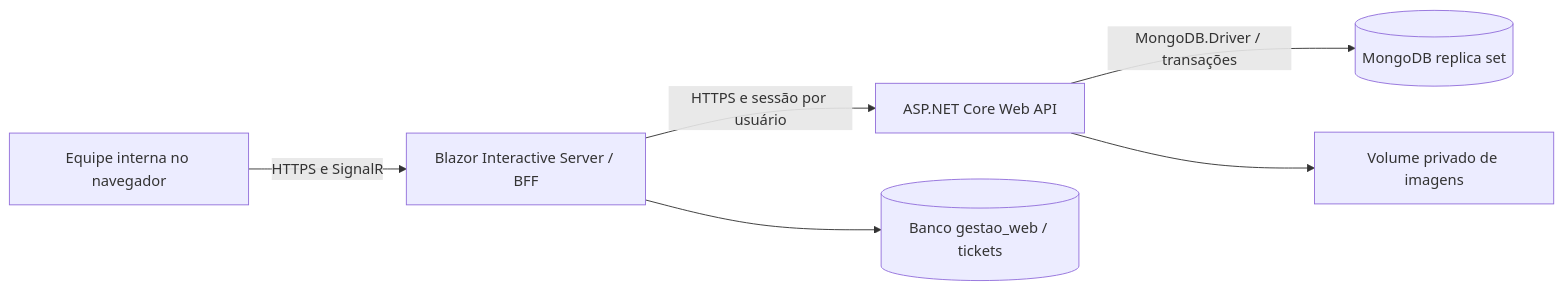
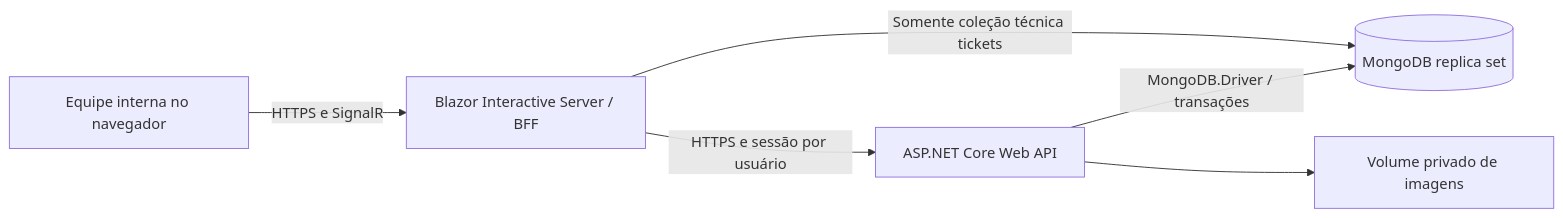
The diagram in docs/architecture/01-VISAO-GERAL.md (argemon/MVPMilton), drawn with Mermaid before and after one commit. The commit also changed 36 other files, not shown here.

````diff
--- a/docs/architecture/01-VISAO-GERAL.md
+++ b/docs/architecture/01-VISAO-GERAL.md
@@ -21,8 +21,8 @@
 ```mermaid
 flowchart LR
     U[Equipe interna no navegador] -->|HTTPS e SignalR| W[Blazor Interactive Server / BFF]
     W -->|HTTPS e sessão por usuário| A[ASP.NET Core Web API]
     A -->|MongoDB.Driver / transações| D[(MongoDB replica set)]
     A --> F[Volume privado de imagens]
-    W --> S[(Banco gestao_web / tickets)]
+    W -->|Somente coleção técnica tickets| D
 ```
````
